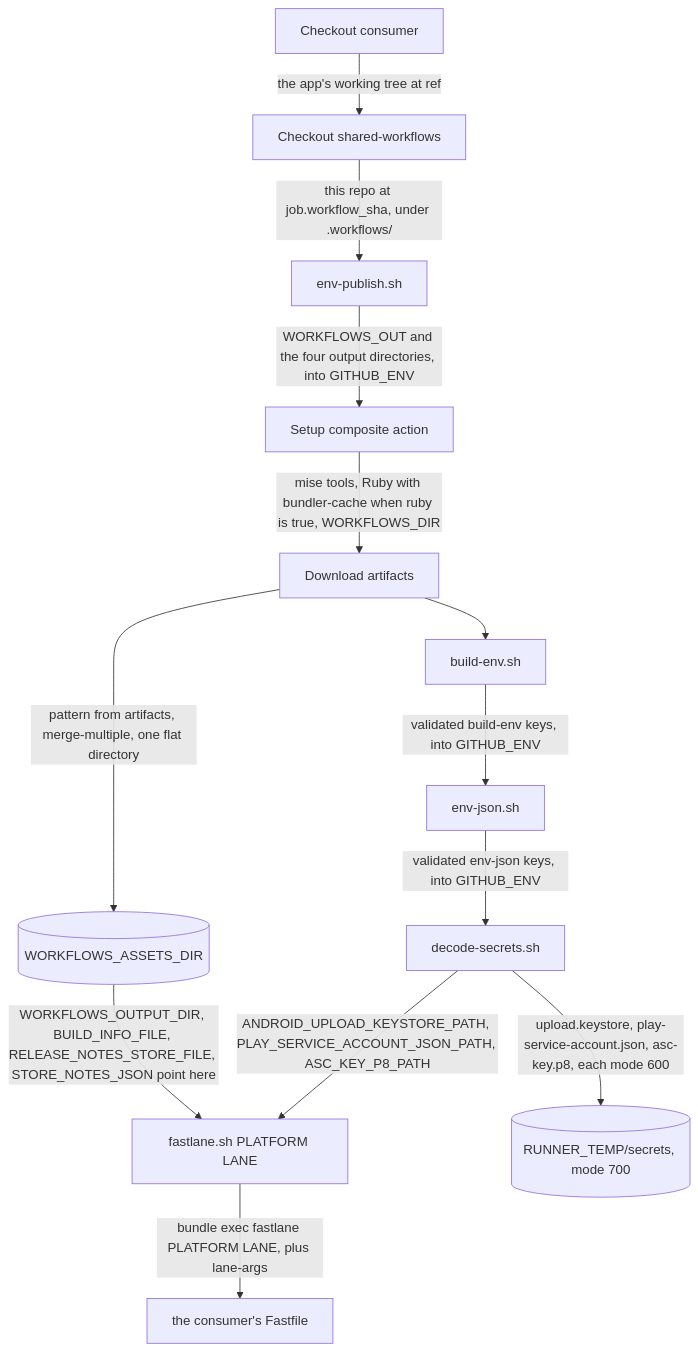
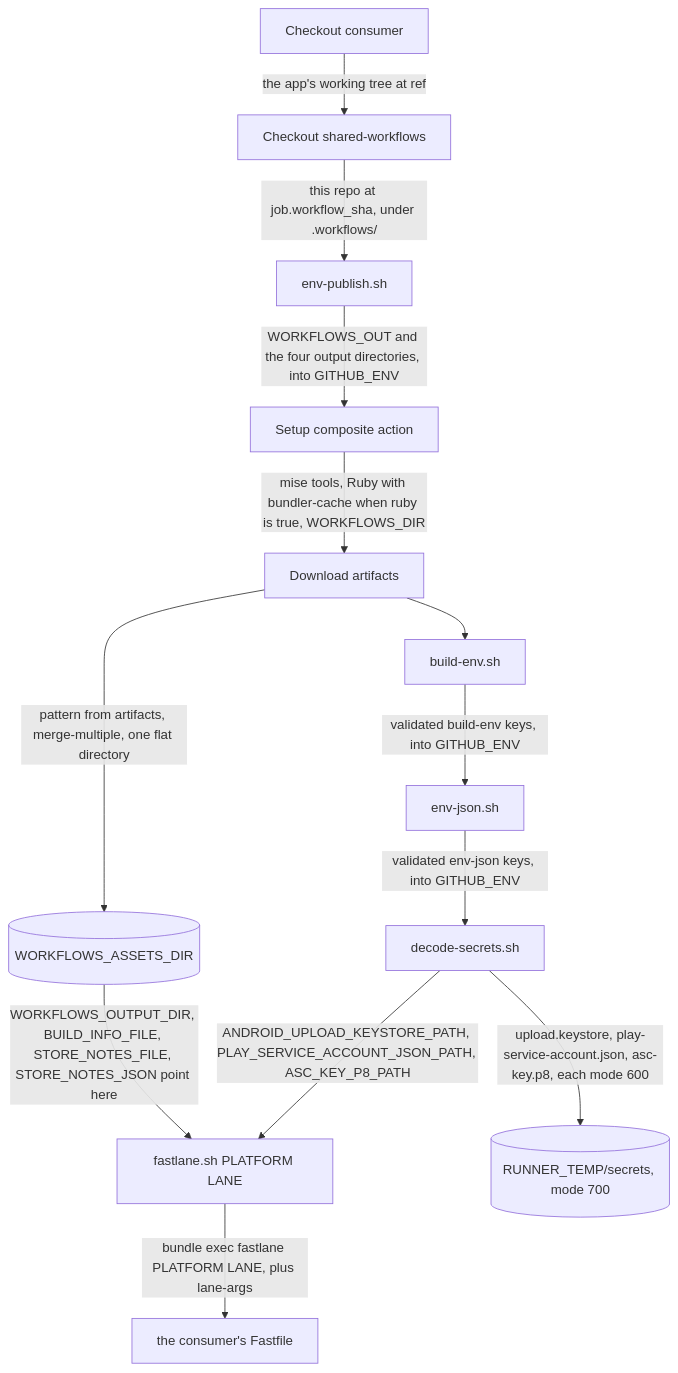
The fifth of 5 diagrams in docs/consumer-guide.md (blinkbitcoin/shared-workflows), drawn with Mermaid before and after one commit. The commit also changed other lines of this file and 43 other files, not shown here.

````diff
--- a/docs/consumer-guide.md
+++ b/docs/consumer-guide.md
@@ -1513,27 +1513,27 @@
 ```mermaid
 flowchart TD
   consumer["Checkout consumer"]
   shared["Checkout shared-workflows"]
   envpub["env-publish.sh"]
   setup["Setup composite action"]
   download["Download artifacts"]
   buildenv["build-env.sh"]
   envjson["env-json.sh"]
   decode["decode-secrets.sh"]
   fastlane["fastlane.sh PLATFORM LANE"]
   fastfile["the consumer's Fastfile"]
   assets[("WORKFLOWS_ASSETS_DIR")]
   secretsdir[("RUNNER_TEMP/secrets, mode 700")]
   consumer -->|"the app's working tree at ref"| shared
   shared -->|"this repo at job.workflow_sha, under .workflows/"| envpub
   envpub -->|"WORKFLOWS_OUT and the four output directories, into GITHUB_ENV"| setup
   setup -->|"mise tools, Ruby with bundler-cache when ruby is true, WORKFLOWS_DIR"| download
   download -->|"pattern from artifacts, merge-multiple, one flat directory"| assets
   download --> buildenv
   buildenv -->|"validated build-env keys, into GITHUB_ENV"| envjson
   envjson -->|"validated env-json keys, into GITHUB_ENV"| decode
   decode -->|"upload.keystore, play-service-account.json, asc-key.p8, each mode 600"| secretsdir
   decode -->|"ANDROID_UPLOAD_KEYSTORE_PATH, PLAY_SERVICE_ACCOUNT_JSON_PATH, ASC_KEY_P8_PATH"| fastlane
-  assets -->|"WORKFLOWS_OUTPUT_DIR, BUILD_INFO_FILE, RELEASE_NOTES_STORE_FILE, STORE_NOTES_JSON point here"| fastlane
+  assets -->|"WORKFLOWS_OUTPUT_DIR, BUILD_INFO_FILE, STORE_NOTES_FILE, STORE_NOTES_JSON point here"| fastlane
   fastlane -->|"bundle exec fastlane PLATFORM LANE, plus lane-args"| fastfile
 ```
````
